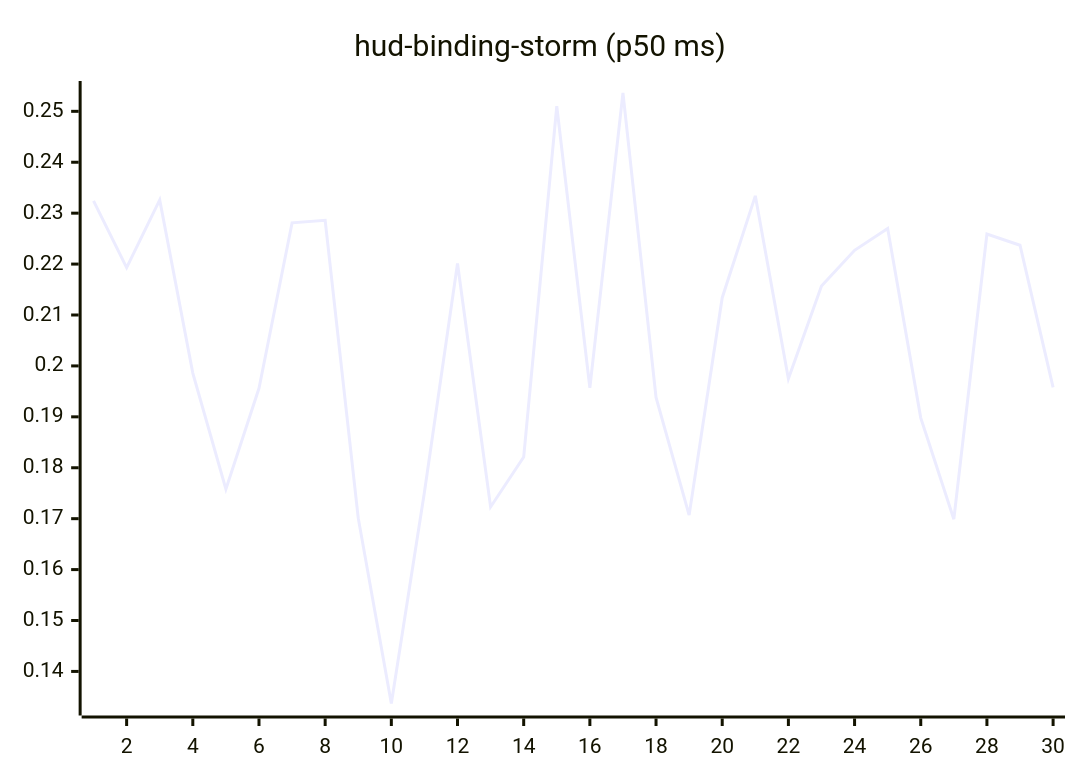
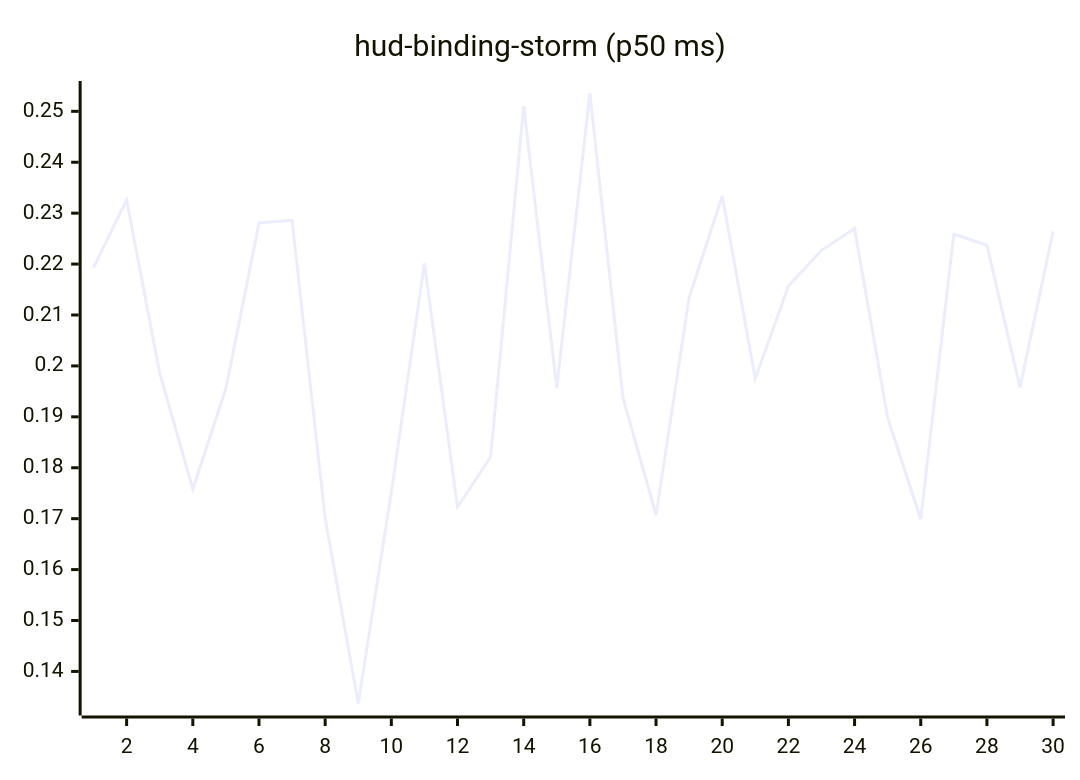
One commit to josha/Facet changed the tenth of 27 diagrams in README.md. Above: the diagram before and after it, drawn with Mermaid. The commit also changed other lines of this file and 2 other files, not shown here.

````diff
--- a/README.md
+++ b/README.md
@@ -126,6 +126,6 @@
 ```mermaid
 xychart-beta
     title "hud-binding-storm (p50 ms)"
     x-axis 1 --> 30
-    line [0.2324, 0.2193, 0.2326, 0.1986, 0.1758, 0.1956, 0.2281, 0.2286, 0.1701, 0.1337, 0.1752, 0.2201, 0.1723, 0.1821, 0.2510, 0.1957, 0.2536, 0.1938, 0.1707, 0.2134, 0.2334, 0.1975, 0.2157, 0.2227, 0.2270, 0.1898, 0.1699, 0.2259, 0.2237, 0.1958]
+    line [0.2193, 0.2326, 0.1986, 0.1758, 0.1956, 0.2281, 0.2286, 0.1701, 0.1337, 0.1752, 0.2201, 0.1723, 0.1821, 0.2510, 0.1957, 0.2536, 0.1938, 0.1707, 0.2134, 0.2334, 0.1975, 0.2157, 0.2227, 0.2270, 0.1898, 0.1699, 0.2259, 0.2237, 0.1958, 0.2264]
 ```
````
